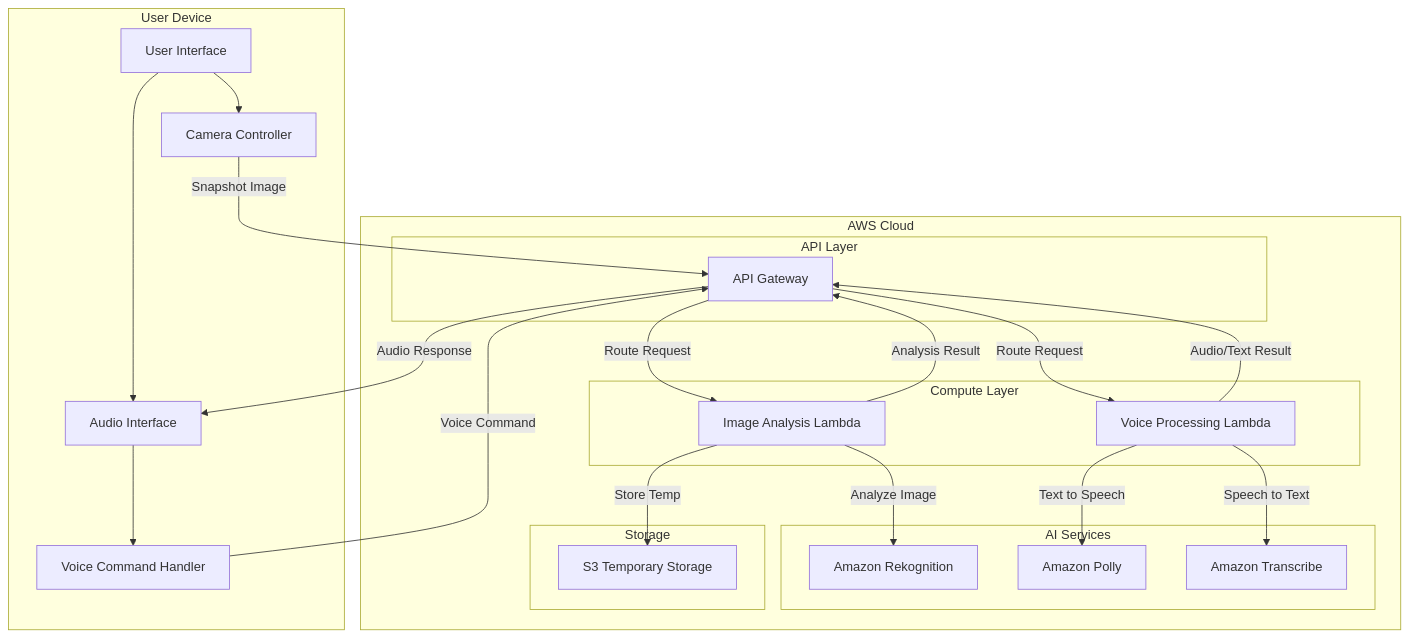
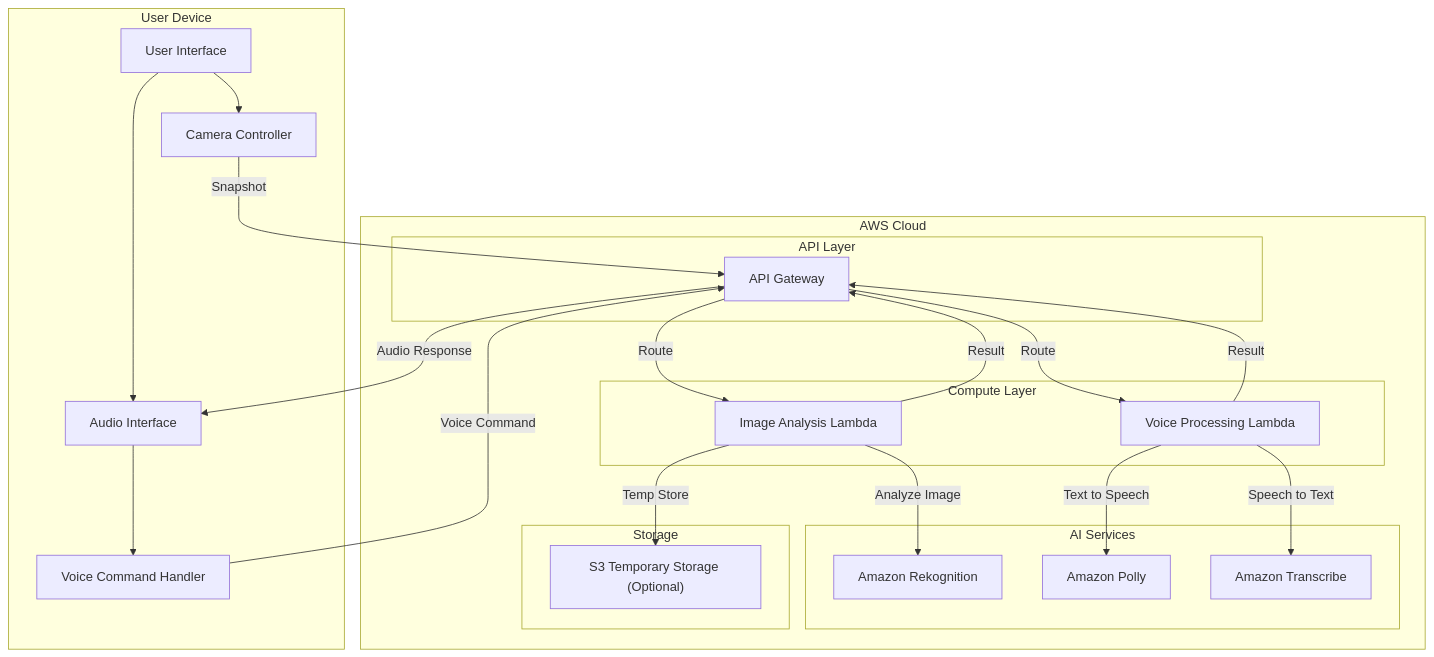
The diagram in design.md (Argonebee/AI-Blindness-Assistant), drawn with Mermaid before and after one commit. The commit also changed other lines of this file, not shown here.

Commit message:
Update design document for AI Vision Assistant

````diff
--- a/design.md
+++ b/design.md
@@ -19,51 +19,59 @@
 ```mermaid
 graph TB
+    %% AI Vision Assistant – High Level Architecture
+
     subgraph "User Device"
-        UI[User Interface]
-        Camera[Camera Controller]
-        Audio[Audio Interface]
-        VoiceCmd[Voice Command Handler]
+        UI["User Interface"]
+        Camera["Camera Controller"]
+        Audio["Audio Interface"]
+        VoiceCmd["Voice Command Handler"]
     end
-    
+
     subgraph "AWS Cloud"
         subgraph "API Layer"
-            Gateway[API Gateway]
+            Gateway["API Gateway"]
         end
-        
+
         subgraph "Compute Layer"
-            ImageLambda[Image Analysis Lambda]
-            VoiceLambda[Voice Processing Lambda]
+            ImageLambda["Image Analysis Lambda"]
+            VoiceLambda["Voice Processing Lambda"]
         end
-        
+
         subgraph "AI Services"
-            Rekognition[Amazon Rekognition]
-            Polly[Amazon Polly]
-            Transcribe[Amazon Transcribe]
+            Rekognition["Amazon Rekognition"]
+            Polly["Amazon Polly"]
+            Transcribe["Amazon Transcribe"]
         end
-        
+
         subgraph "Storage"
-            S3[S3 Temporary Storage]
+            S3["S3 Temporary Storage (Optional)"]
         end
     end
-    
+
+    %% User device flow
     UI --> Camera
     UI --> Audio
     Audio --> VoiceCmd
-    
-    Camera -->|Snapshot Image| Gateway
+
+    %% Requests to cloud
+    Camera -->|Snapshot| Gateway
     VoiceCmd -->|Voice Command| Gateway
-    
-    Gateway -->|Route Request| ImageLambda
-    Gateway -->|Route Request| VoiceLambda
-    
+
+    %% Routing
+    Gateway -->|Route| ImageLambda
+    Gateway -->|Route| VoiceLambda
+
+    %% Image analysis path
     ImageLambda -->|Analyze Image| Rekognition
-    ImageLambda -->|Store Temp| S3
-    
+    ImageLambda -->|Temp Store| S3
+    ImageLambda -->|Result| Gateway
+
+    %% Voice processing path
     VoiceLambda -->|Speech to Text| Transcribe
     VoiceLambda -->|Text to Speech| Polly
-    
-    ImageLambda -->|Analysis Result| Gateway
-    VoiceLambda -->|Audio/Text Result| Gateway
-    
+    VoiceLambda -->|Result| Gateway
+
+    %% Response back to user
     Gateway -->|Audio Response| Audio
+
 ```
````
